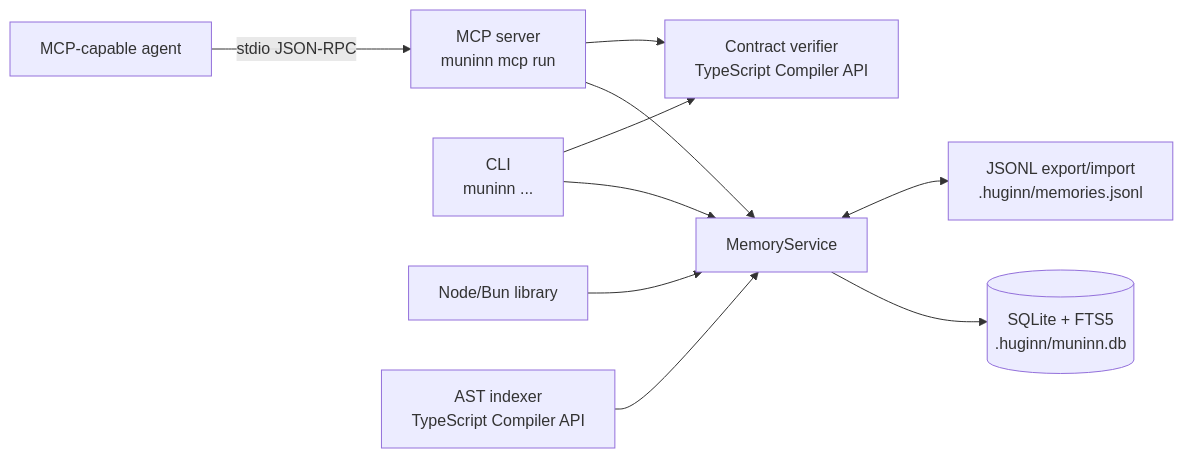
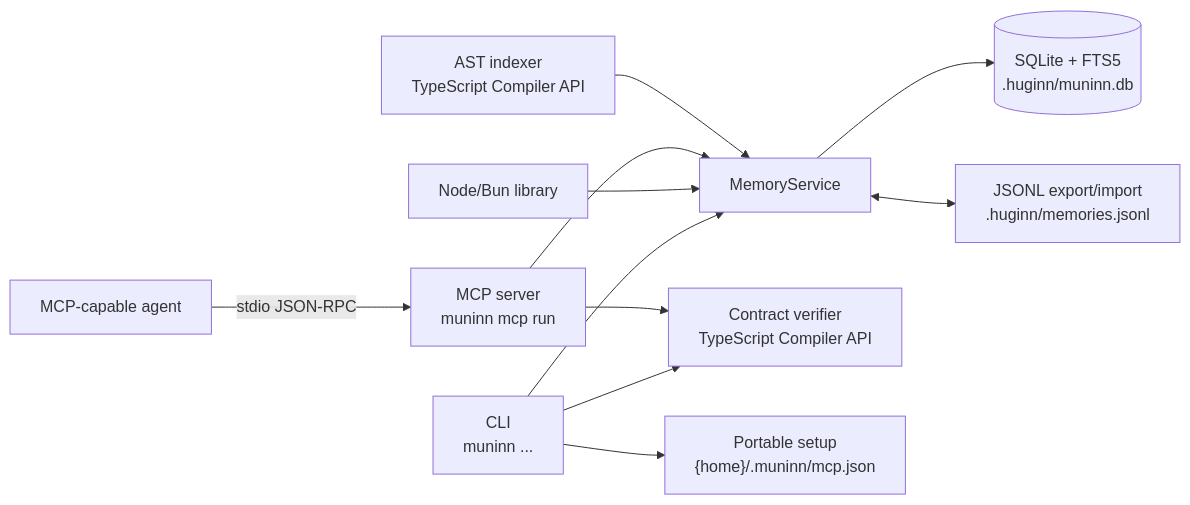
Before and after one commit to dahch/muninn: the diagram in README.md, drawn with Mermaid. The commit also changed other lines of this file and 11 other files, not shown here.

First line of the commit message:
feat(iter-1): Install and diagnose the portable MCP configuration

````diff
--- a/README.md
+++ b/README.md
@@ -130,12 +168,13 @@
 ```mermaid
 flowchart LR
     Agent["MCP-capable agent"] -->|stdio JSON-RPC| MCP["MCP server\nmuninn mcp run"]
     CLI["CLI\nmuninn ..."] --> Service["MemoryService"]
     Library["Node/Bun library"] --> Service
     MCP --> Service
     Service --> DB[("SQLite + FTS5\n.huginn/muninn.db")]
     Service <--> JSONL["JSONL export/import\n.huginn/memories.jsonl"]
     Indexer["AST indexer\nTypeScript Compiler API"] --> Service
     CLI --> Verifier["Contract verifier\nTypeScript Compiler API"]
     MCP --> Verifier
+    CLI --> Setup["Portable setup\n{home}/.muninn/mcp.json"]
 ```
````
